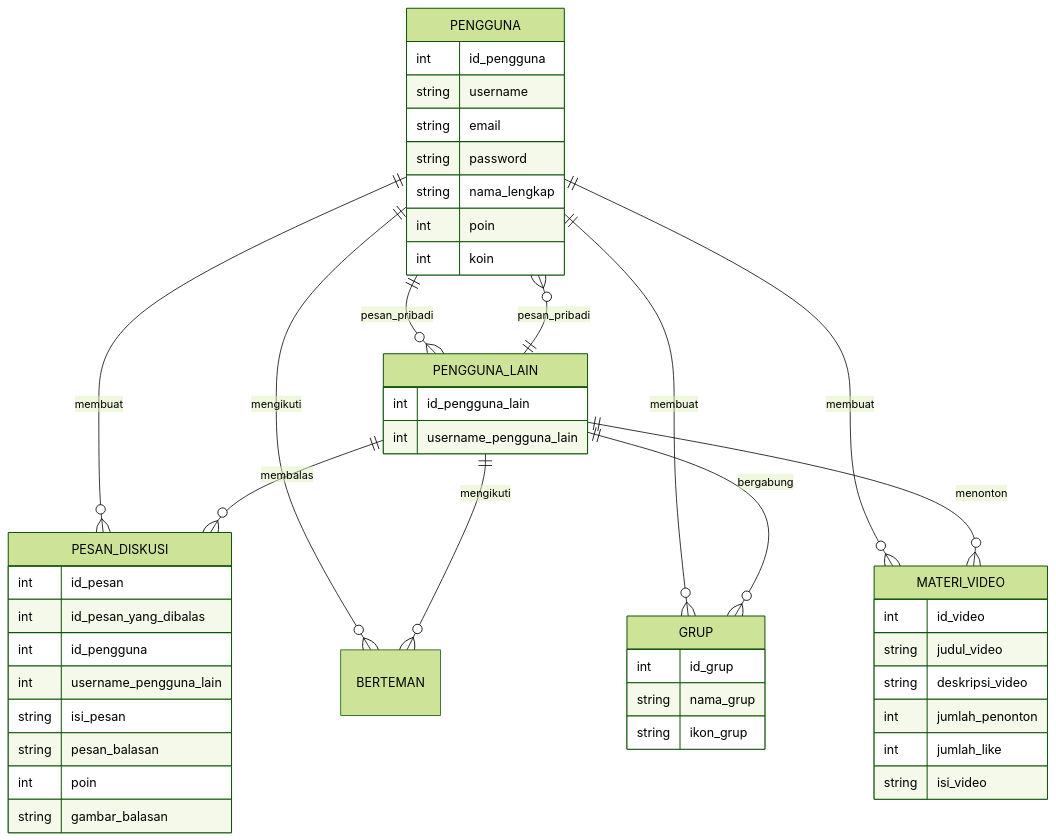
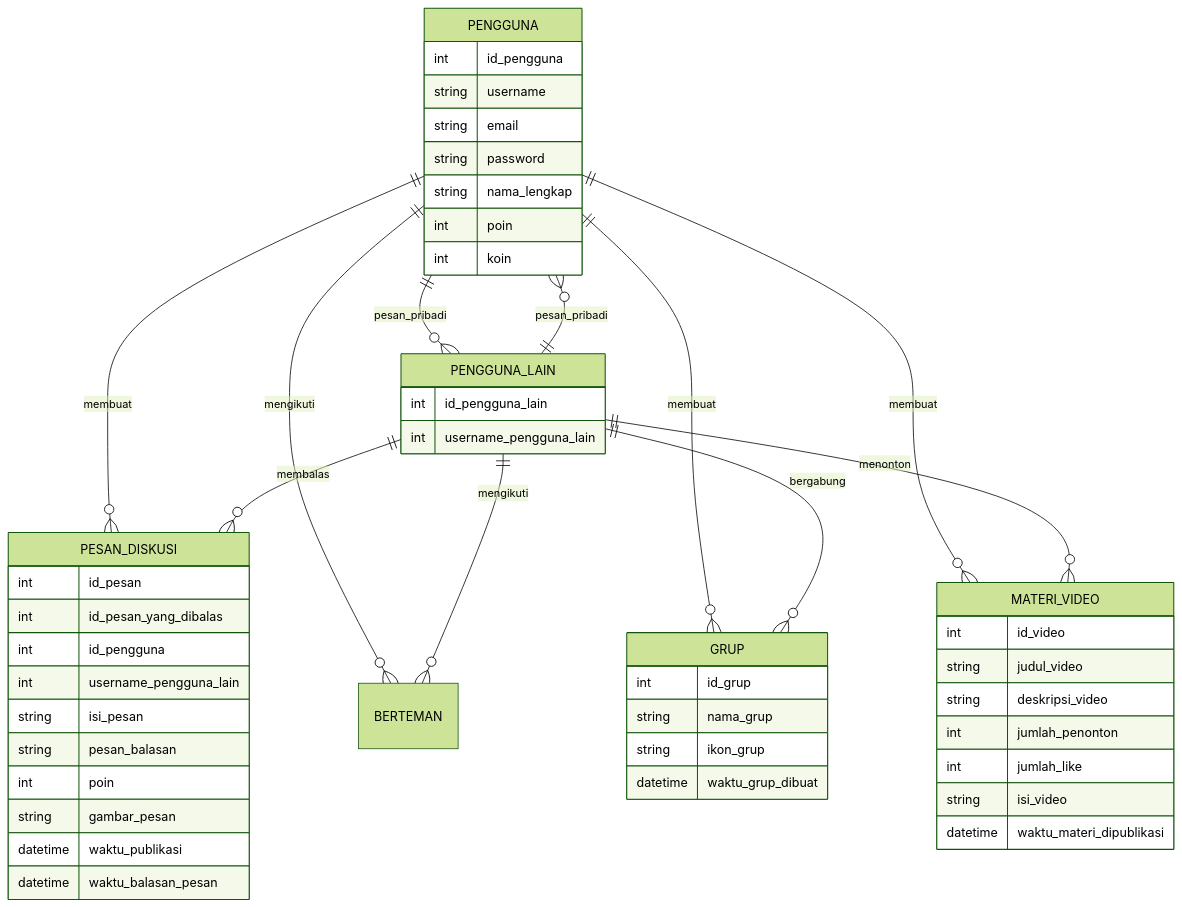
The diagram in job interview.MD (fahrizap/Kodein), drawn with Mermaid (forest theme) before and after one commit.

Commit message:
Update job interview.MD

````diff
--- a/job interview.MD
+++ b/job interview.MD
@@ -20,50 +20,54 @@
 ```mermaid
 erDiagram
 
   PENGGUNA {
     int id_pengguna
     string username
     string email
     string password
     string nama_lengkap
     int poin
     int koin
   }
   PENGGUNA ||--o{ PESAN_DISKUSI : membuat
   PENGGUNA ||--o{ BERTEMAN : mengikuti
   PENGGUNA ||--o{ PENGGUNA_LAIN : pesan_pribadi
   PENGGUNA ||--o{ GRUP : membuat
   PENGGUNA ||--o{ MATERI_VIDEO : membuat
   PESAN_DISKUSI {
     int id_pesan
     int id_pesan_yang_dibalas
     int id_pengguna 
     int username_pengguna_lain
     string isi_pesan
     string pesan_balasan
     int poin
-    string gambar_balasan
+    string gambar_pesan
+    datetime waktu_publikasi
+    datetime waktu_balasan_pesan
   }
   PENGGUNA_LAIN {
     int id_pengguna_lain
     int username_pengguna_lain
   }
   PENGGUNA_LAIN ||--o{ PESAN_DISKUSI : membalas
   PENGGUNA_LAIN ||--o{ BERTEMAN : mengikuti
   PENGGUNA_LAIN ||--o{ PENGGUNA : pesan_pribadi
   PENGGUNA_LAIN ||--o{ GRUP : bergabung
   PENGGUNA_LAIN ||--o{ MATERI_VIDEO : menonton
   GRUP {
     int id_grup
     string nama_grup
     string ikon_grup
+    datetime waktu_grup_dibuat
   }
   MATERI_VIDEO {
     int id_video
     string judul_video
     string deskripsi_video
     int jumlah_penonton
     int jumlah_like
     string isi_video
+    datetime waktu_materi_dipublikasi
   }
 ```
````
